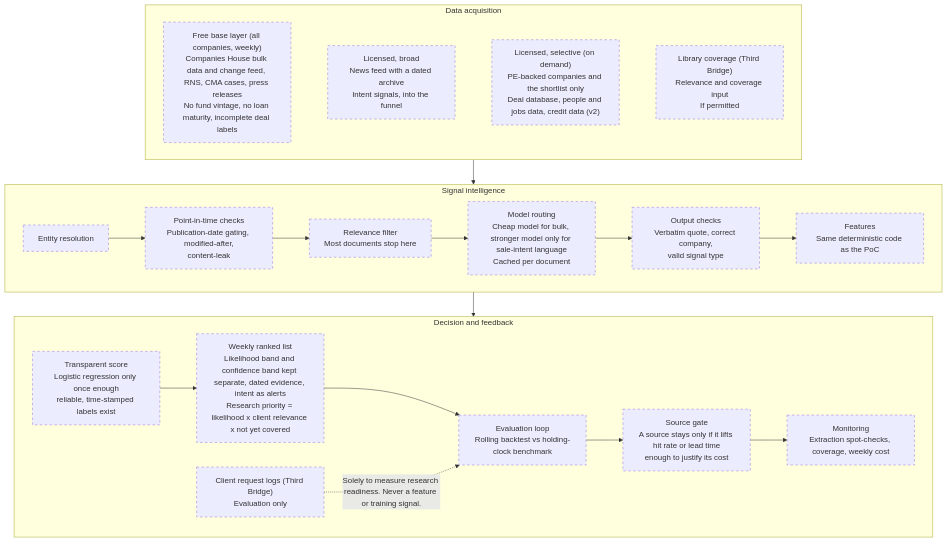
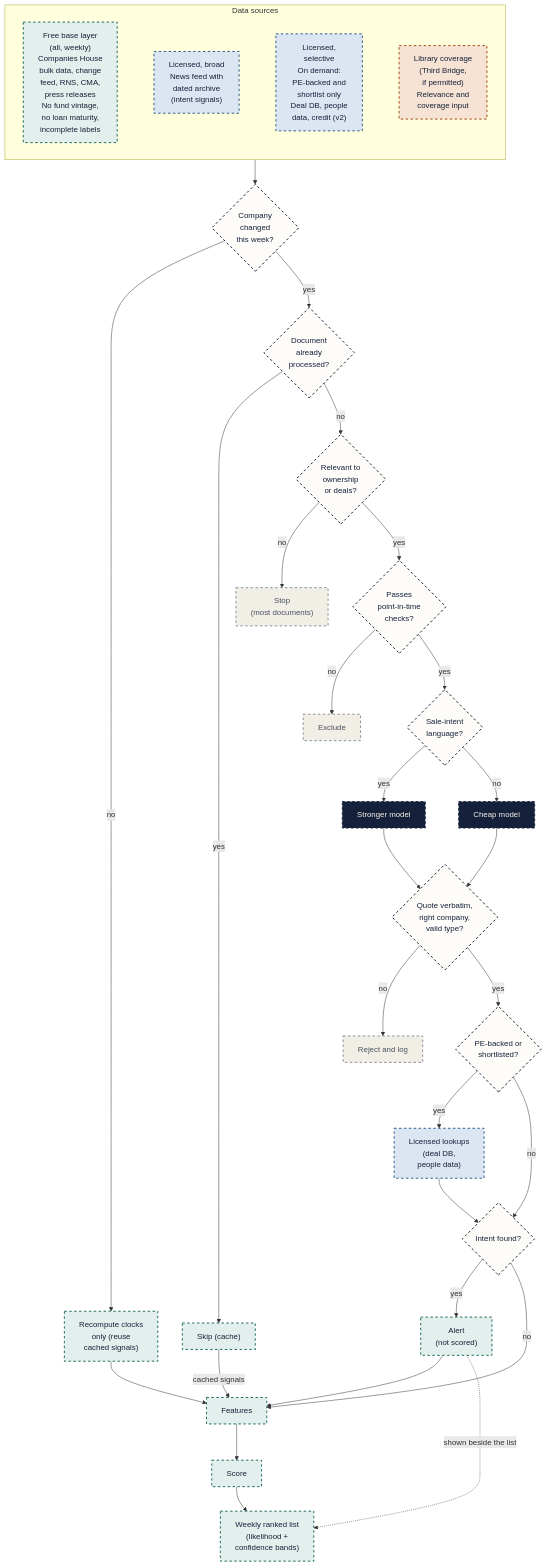
One commit to devashish-1305/deal-radar changed the second of 3 diagrams in docs/architecture.md. Above: the diagram before and after it, drawn with Mermaid. The commit also changed other lines of this file and 1 other file, not shown here.

Commit message:
docs: architecture decisions and feedback loops

````diff
--- a/docs/architecture.md
+++ b/docs/architecture.md
@@ -26,34 +63,68 @@
 ```mermaid
 flowchart TD
-    subgraph ACQ["Data acquisition"]
+    subgraph SRC["Data sources"]
         direction LR
-        FREE["Free base layer (all companies, weekly)<br/>Companies House bulk data and change feed, RNS, CMA cases, press releases<br/>No fund vintage, no loan maturity, incomplete deal labels"]
-        BROAD["Licensed, broad<br/>News feed with a dated archive<br/>Intent signals, into the funnel"]
-        SEL["Licensed, selective (on demand)<br/>PE-backed companies and the shortlist only<br/>Deal database, people and jobs data, credit data (v2)"]
-        LIB["Library coverage (Third Bridge)<br/>Relevance and coverage input<br/>If permitted"]
+        FREE["Free base layer<br/>(all, weekly)<br/>Companies House<br/>bulk data, change<br/>feed, RNS, CMA,<br/>press releases<br/>No fund vintage,<br/>no loan maturity,<br/>incomplete labels"]
+        BROAD["Licensed, broad<br/>News feed with<br/>dated archive<br/>(intent signals)"]
+        SEL["Licensed,<br/>selective<br/>On demand:<br/>PE-backed and<br/>shortlist only<br/>Deal DB, people<br/>data, credit (v2)"]
+        LIB["Library coverage<br/>(Third Bridge,<br/>if permitted)<br/>Relevance and<br/>coverage input"]
         FREE ~~~ BROAD ~~~ SEL ~~~ LIB
     end
-    subgraph SIG["Signal intelligence"]
-        ER["Entity resolution"]
-        PIT["Point-in-time checks<br/>Publication-date gating, modified-after,<br/>content-leak"]
-        REL["Relevance filter<br/>Most documents stop here"]
-        ROUTE["Model routing<br/>Cheap model for bulk, stronger model only for sale-intent language<br/>Cached per document"]
-        OUT["Output checks<br/>Verbatim quote, correct company,<br/>valid signal type"]
-        FEAT["Features<br/>Same deterministic code as the PoC"]
-        ER --> PIT --> REL --> ROUTE --> OUT --> FEAT
-    end
-    subgraph DEC["Decision and feedback"]
-        SCORE["Transparent score<br/>Logistic regression only once enough<br/>reliable, time-stamped labels exist"]
-        RANK["Weekly ranked list<br/>Likelihood band and confidence band kept separate, dated evidence, intent as alerts<br/>Research priority = likelihood x client relevance x not yet covered"]
-        EVAL["Evaluation loop<br/>Rolling backtest vs holding-clock benchmark"]
-        GATE["Source gate<br/>A source stays only if it lifts hit rate or lead time<br/>enough to justify its cost"]
-        MON["Monitoring<br/>Extraction spot-checks, coverage, weekly cost"]
-        LOGS["Client request logs (Third Bridge)<br/>Evaluation only"]
-        SCORE --> RANK --> EVAL --> GATE --> MON
-        LOGS -.->|"Solely to measure research readiness. Never a feature or training signal."| EVAL
-    end
-    ACQ --> SIG
-    SIG --> DEC
-    classDef dashed stroke-dasharray: 5 5
-    class FREE,BROAD,SEL,LIB,ER,PIT,REL,ROUTE,OUT,FEAT,SCORE,RANK,EVAL,GATE,MON,LOGS dashed
+    Q1{"Company<br/>changed<br/>this week?"}
+    RECOMP["Recompute clocks<br/>only (reuse<br/>cached signals)"]
+    Q2{"Document<br/>already<br/>processed?"}
+    SKIP["Skip (cache)"]
+    Q3{"Relevant to<br/>ownership<br/>or deals?"}
+    STOP["Stop<br/>(most documents)"]
+    Q4{"Passes<br/>point-in-time<br/>checks?"}
+    EXCLUDE["Exclude"]
+    Q5{"Sale-intent<br/>language?"}
+    STRONG["Stronger model"]
+    CHEAP["Cheap model"]
+    Q6{"Quote verbatim,<br/>right company,<br/>valid type?"}
+    REJECT["Reject and log"]
+    Q7{"PE-backed or<br/>shortlisted?"}
+    LIC["Licensed lookups<br/>(deal DB,<br/>people data)"]
+    Q8{"Intent found?"}
+    ALERT["Alert<br/>(not scored)"]
+    FEAT["Features"]
+    SCORE["Score"]
+    RANK["Weekly ranked list<br/>(likelihood +<br/>confidence bands)"]
+    SRC --> Q1
+    Q1 -->|"no"| RECOMP
+    Q1 -->|"yes"| Q2
+    RECOMP --> FEAT
+    Q2 -->|"yes"| SKIP
+    Q2 -->|"no"| Q3
+    SKIP -->|"cached signals"| FEAT
+    Q3 -->|"no"| STOP
+    Q3 -->|"yes"| Q4
+    Q4 -->|"no"| EXCLUDE
+    Q4 -->|"yes"| Q5
+    Q5 -->|"yes"| STRONG
+    Q5 -->|"no"| CHEAP
+    STRONG --> Q6
+    CHEAP --> Q6
+    Q6 -->|"no"| REJECT
+    Q6 -->|"yes"| Q7
+    Q7 -->|"yes"| LIC
+    Q7 -->|"no"| Q8
+    LIC --> Q8
+    Q8 -->|"yes"| ALERT
+    Q8 -->|"no"| FEAT
+    ALERT --> FEAT
+    ALERT -.->|"shown beside the list"| RANK
+    FEAT --> SCORE --> RANK
+    classDef free fill:#E3EFEC,stroke:#1D6B63,stroke-width:2px,color:#15213A,stroke-dasharray:5 5
+    classDef licensed fill:#DCE6F2,stroke:#2F5D8C,stroke-width:2px,color:#15213A,stroke-dasharray:5 5
+    classDef internal fill:#F6E3D3,stroke:#A54A15,stroke-width:2px,color:#15213A,stroke-dasharray:5 5
+    classDef decisionB fill:#FDFCF9,stroke:#15213A,stroke-width:2px,color:#15213A,stroke-dasharray:5 5
+    classDef excludedB fill:#F1EEE6,stroke:#8A8F99,stroke-width:2px,color:#4A5160,stroke-dasharray:5 5
+    classDef aiB fill:#15213A,stroke:#15213A,stroke-width:2px,color:#F6F4EE,stroke-dasharray:5 5
+    class FREE,RECOMP,SKIP,ALERT,FEAT,SCORE,RANK free
+    class BROAD,SEL,LIC licensed
+    class LIB internal
+    class Q1,Q2,Q3,Q4,Q5,Q6,Q7,Q8 decisionB
+    class STOP,EXCLUDE,REJECT excludedB
+    class STRONG,CHEAP aiB
 ```
````
